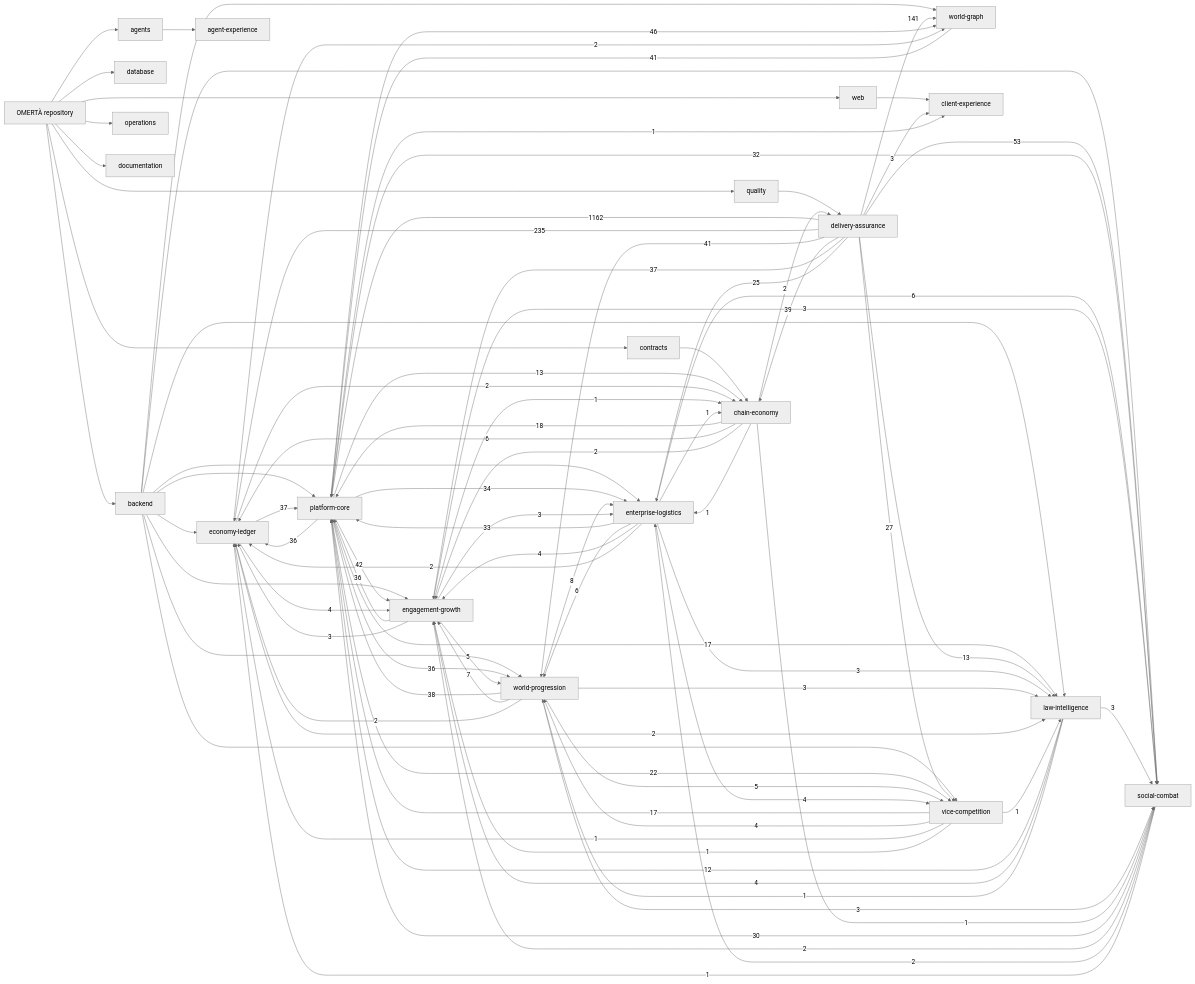
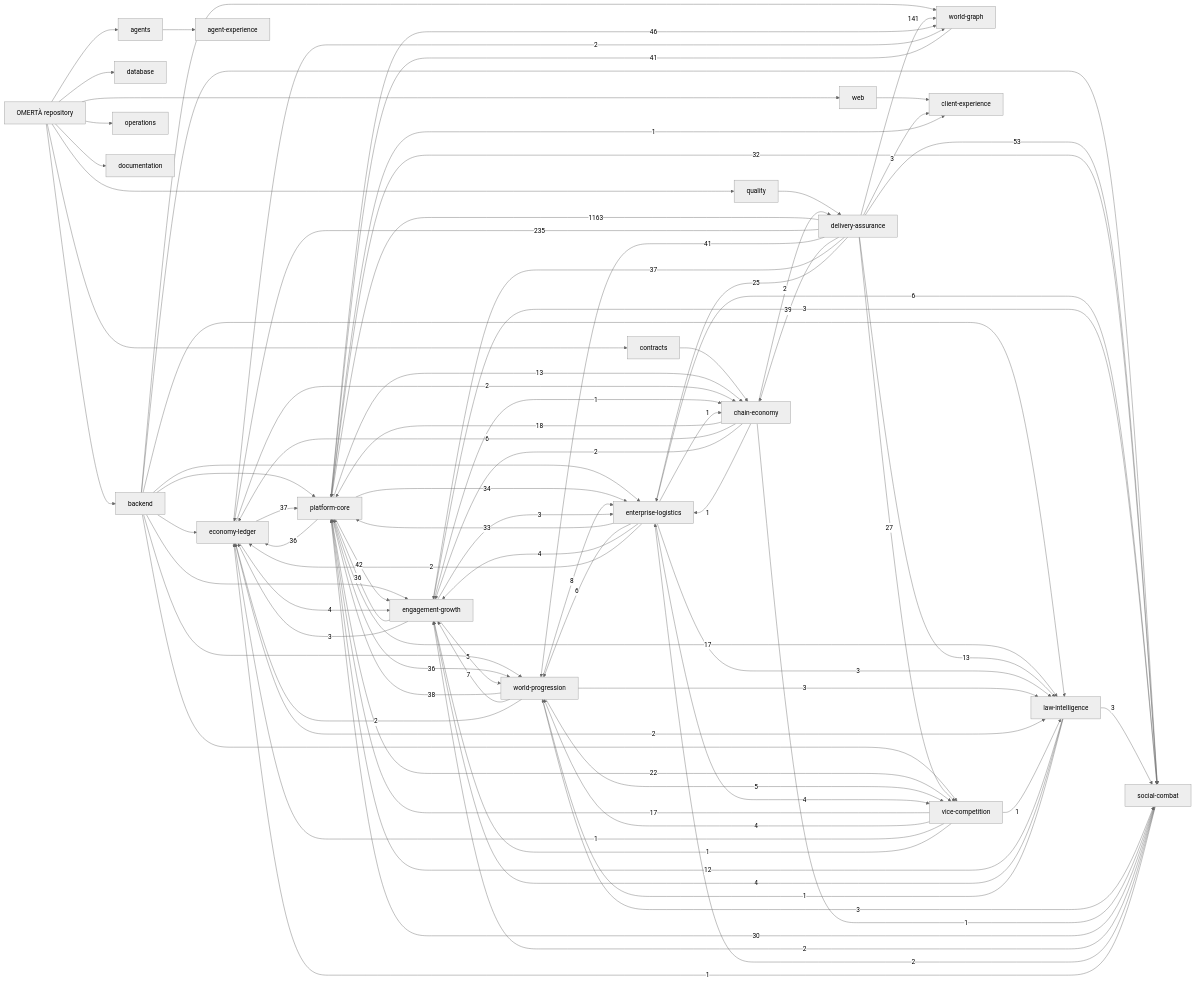
The diagram in knowledge/generated/graph.mmd (OmertaDev/Omerta), drawn with Mermaid (neutral theme) before and after one commit. The commit also changed 5 other files, not shown here.

```diff
--- a/knowledge/generated/graph.mmd
+++ b/knowledge/generated/graph.mmd
@@ -1,111 +1,111 @@
 flowchart LR
   repo["OMERTÀ repository"]
   sub_backend["backend"]
   repo --> sub_backend
   sub_database["database"]
   repo --> sub_database
   sub_web["web"]
   repo --> sub_web
   sub_contracts["contracts"]
   repo --> sub_contracts
   sub_agents["agents"]
   repo --> sub_agents
   sub_quality["quality"]
   repo --> sub_quality
   sub_operations["operations"]
   repo --> sub_operations
   sub_documentation["documentation"]
   repo --> sub_documentation
   dom_platform-core["platform-core"]
   dom_economy-ledger["economy-ledger"]
   dom_social-combat["social-combat"]
   dom_world-progression["world-progression"]
   dom_world-graph["world-graph"]
   dom_enterprise-logistics["enterprise-logistics"]
   dom_vice-competition["vice-competition"]
   dom_law-intelligence["law-intelligence"]
   dom_chain-economy["chain-economy"]
   dom_engagement-growth["engagement-growth"]
   dom_client-experience["client-experience"]
   dom_agent-experience["agent-experience"]
   dom_delivery-assurance["delivery-assurance"]
   sub_agents --> dom_agent-experience
   sub_backend --> dom_economy-ledger
   sub_backend --> dom_engagement-growth
   sub_backend --> dom_enterprise-logistics
   sub_backend --> dom_law-intelligence
   sub_backend --> dom_platform-core
   sub_backend --> dom_social-combat
   sub_backend --> dom_vice-competition
   sub_backend --> dom_world-graph
   sub_backend --> dom_world-progression
   sub_contracts --> dom_chain-economy
   sub_quality --> dom_delivery-assurance
   sub_web --> dom_client-experience
-  dom_delivery-assurance -->|1162| dom_platform-core
+  dom_delivery-assurance -->|1163| dom_platform-core
   dom_delivery-assurance -->|235| dom_economy-ledger
   dom_delivery-assurance -->|141| dom_world-graph
   dom_delivery-assurance -->|53| dom_social-combat
   dom_platform-core -->|46| dom_world-graph
   dom_platform-core -->|42| dom_engagement-growth
   dom_delivery-assurance -->|41| dom_world-progression
   dom_world-graph -->|41| dom_platform-core
   dom_delivery-assurance -->|39| dom_chain-economy
   dom_world-progression -->|38| dom_platform-core
   dom_delivery-assurance -->|37| dom_engagement-growth
   dom_economy-ledger -->|37| dom_platform-core
   dom_engagement-growth -->|36| dom_platform-core
   dom_platform-core -->|36| dom_economy-ledger
   dom_platform-core -->|36| dom_world-progression
   dom_platform-core -->|34| dom_enterprise-logistics
   dom_enterprise-logistics -->|33| dom_platform-core
   dom_platform-core -->|32| dom_social-combat
   dom_social-combat -->|30| dom_platform-core
   dom_delivery-assurance -->|27| dom_vice-competition
   dom_delivery-assurance -->|25| dom_enterprise-logistics
   dom_platform-core -->|22| dom_vice-competition
   dom_chain-economy -->|18| dom_platform-core
   dom_platform-core -->|17| dom_law-intelligence
   dom_vice-competition -->|17| dom_platform-core
   dom_delivery-assurance -->|13| dom_law-intelligence
   dom_platform-core -->|13| dom_chain-economy
   dom_law-intelligence -->|12| dom_platform-core
   dom_world-progression -->|8| dom_enterprise-logistics
   dom_world-progression -->|7| dom_engagement-growth
   dom_chain-economy -->|6| dom_economy-ledger
   dom_enterprise-logistics -->|6| dom_social-combat
   dom_enterprise-logistics -->|6| dom_world-progression
   dom_engagement-growth -->|5| dom_world-progression
   dom_world-progression -->|5| dom_vice-competition
   dom_economy-ledger -->|4| dom_engagement-growth
   dom_enterprise-logistics -->|4| dom_engagement-growth
   dom_enterprise-logistics -->|4| dom_vice-competition
   dom_law-intelligence -->|4| dom_engagement-growth
   dom_vice-competition -->|4| dom_world-progression
   dom_delivery-assurance -->|3| dom_client-experience
   dom_engagement-growth -->|3| dom_economy-ledger
   dom_engagement-growth -->|3| dom_enterprise-logistics
   dom_engagement-growth -->|3| dom_social-combat
   dom_enterprise-logistics -->|3| dom_law-intelligence
   dom_law-intelligence -->|3| dom_social-combat
   dom_world-progression -->|3| dom_law-intelligence
   dom_world-progression -->|3| dom_social-combat
   dom_chain-economy -->|2| dom_delivery-assurance
   dom_chain-economy -->|2| dom_engagement-growth
   dom_economy-ledger -->|2| dom_chain-economy
   dom_economy-ledger -->|2| dom_law-intelligence
   dom_economy-ledger -->|2| dom_world-graph
   dom_enterprise-logistics -->|2| dom_economy-ledger
   dom_social-combat -->|2| dom_engagement-growth
   dom_social-combat -->|2| dom_enterprise-logistics
   dom_world-progression -->|2| dom_economy-ledger
   dom_chain-economy -->|1| dom_enterprise-logistics
   dom_chain-economy -->|1| dom_social-combat
   dom_engagement-growth -->|1| dom_chain-economy
   dom_enterprise-logistics -->|1| dom_chain-economy
   dom_law-intelligence -->|1| dom_world-progression
   dom_platform-core -->|1| dom_client-experience
   dom_social-combat -->|1| dom_economy-ledger
   dom_vice-competition -->|1| dom_economy-ledger
   dom_vice-competition -->|1| dom_engagement-growth
   dom_vice-competition -->|1| dom_law-intelligence
```
